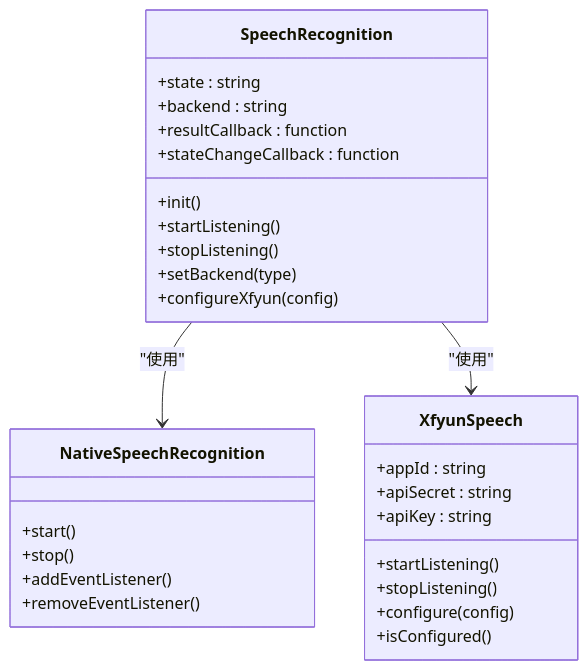
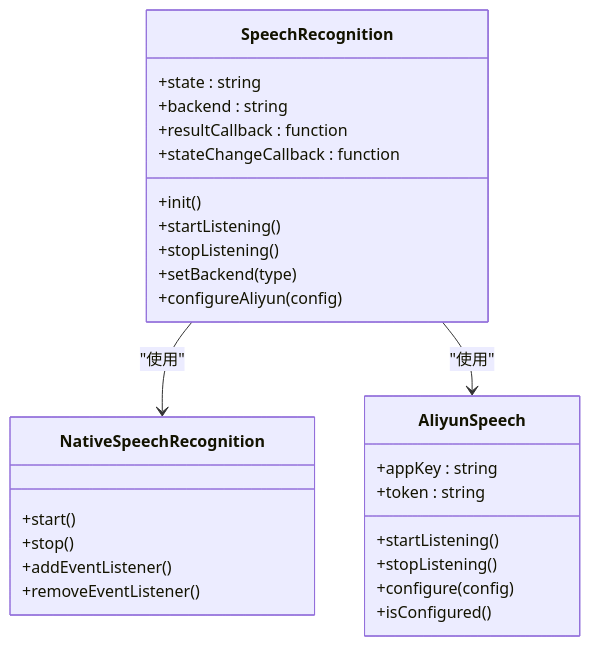
The fifth of 10 diagrams in .qoder/repowiki/zh/content/语音识别模块详解/语音识别模块详解.md (db300/MySpeechRecognition), drawn with Mermaid before and after one commit. The commit also changed other lines of this file and 26 other files, not shown here.

````diff
--- a/.qoder/repowiki/zh/content/语音识别模块详解/语音识别模块详解.md
+++ b/.qoder/repowiki/zh/content/语音识别模块详解/语音识别模块详解.md
@@ -234,31 +246,30 @@
 ```mermaid
 classDiagram
 class SpeechRecognition {
 +state : string
 +backend : string
 +resultCallback : function
 +stateChangeCallback : function
 +init()
 +startListening()
 +stopListening()
 +setBackend(type)
-+configureXfyun(config)
++configureAliyun(config)
 }
 class NativeSpeechRecognition {
 +start()
 +stop()
 +addEventListener()
 +removeEventListener()
 }
-class XfyunSpeech {
-+appId : string
-+apiSecret : string
-+apiKey : string
+class AliyunSpeech {
++appKey : string
++token : string
 +startListening()
 +stopListening()
 +configure(config)
 +isConfigured()
 }
 SpeechRecognition --> NativeSpeechRecognition : "使用"
-SpeechRecognition --> XfyunSpeech : "使用"
+SpeechRecognition --> AliyunSpeech : "使用"
 ```
````
